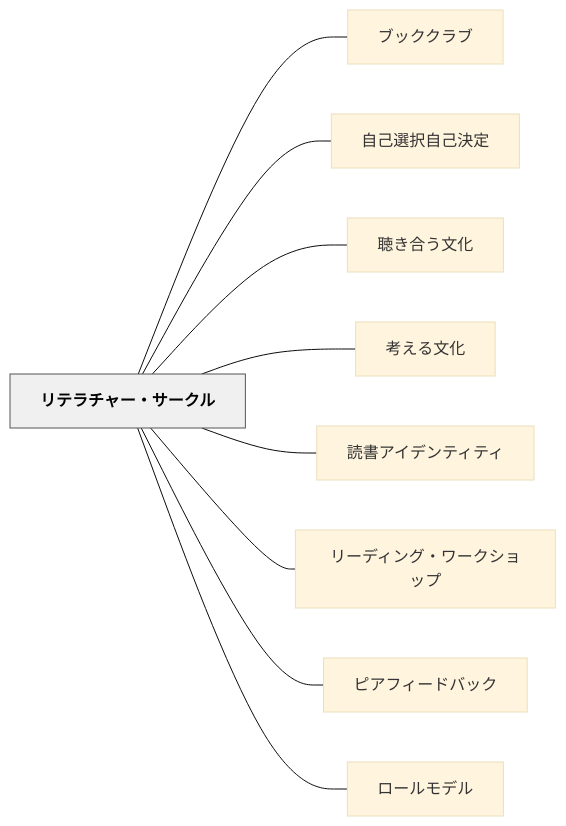
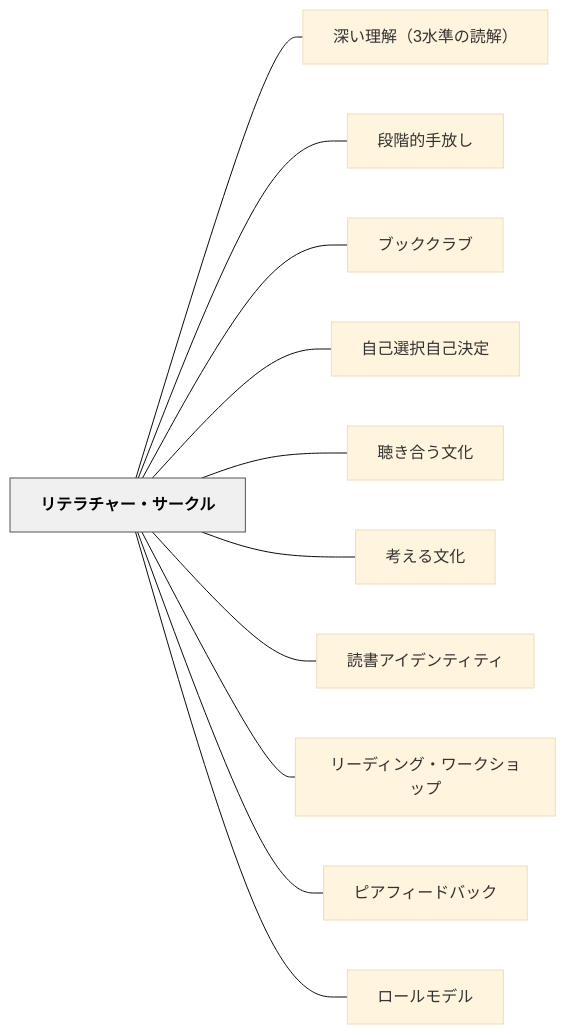
One commit to unknownthings-ed-patterns/unknownthings-ed-patterns changed the diagram in content/パタン/リテラチャー・サークル.md. Above: the diagram before and after it, drawn with Mermaid (base theme). The commit also changed other lines of this file and 473 other files, not shown here.

````diff
--- a/content/パタン/リテラチャー・サークル.md
+++ b/content/パタン/リテラチャー・サークル.md
@@ -159,24 +161,28 @@
 ```mermaid
 flowchart LR
     ne383aae38386["リテラチャー・サークル"]
+    ne6b7b1e38184["深い理解（3水準の読解）"]
+    ne6aeb5e99a8e["段階的手放し"]
     ne38396e38383["ブッククラブ"]
     ne887aae5b7b1["自己選択自己決定"]
     ne881b4e3818d["聴き合う文化"]
     ne88083e38188["考える文化"]
     ne8aaade69bb8["読書アイデンティティ"]
     ne383aae383bc["リーディング・ワークショップ"]
     ne38394e382a2["ピアフィードバック"]
     ne383ade383bc["ロールモデル"]
 
+    ne383aae38386 --- ne6b7b1e38184
+    ne383aae38386 --- ne6aeb5e99a8e
     ne383aae38386 --- ne38396e38383
     ne383aae38386 --- ne887aae5b7b1
     ne383aae38386 --- ne881b4e3818d
     ne383aae38386 --- ne88083e38188
     ne383aae38386 --- ne8aaade69bb8
     ne383aae38386 --- ne383aae383bc
     ne383aae38386 --- ne38394e382a2
     ne383aae38386 --- ne383ade383bc
 
     classDef hub fill:#f0f0f0,stroke:#555,color:#000,font-weight:bold
     class ne383aae38386 hub
 ```
````
